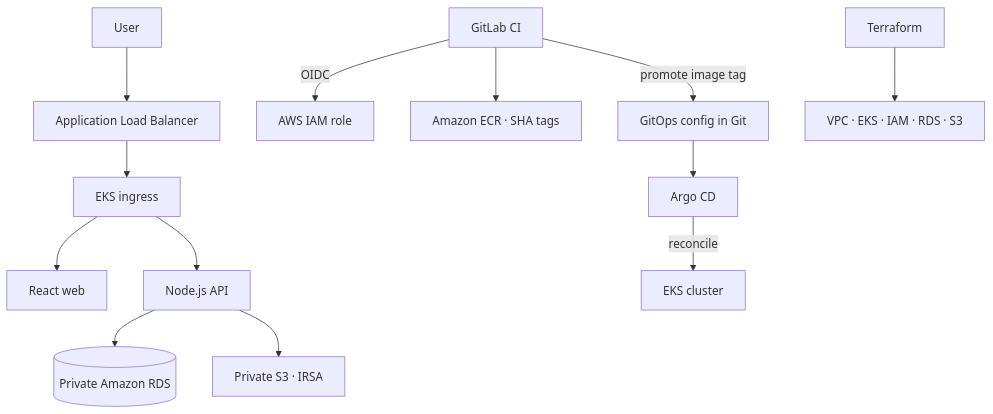
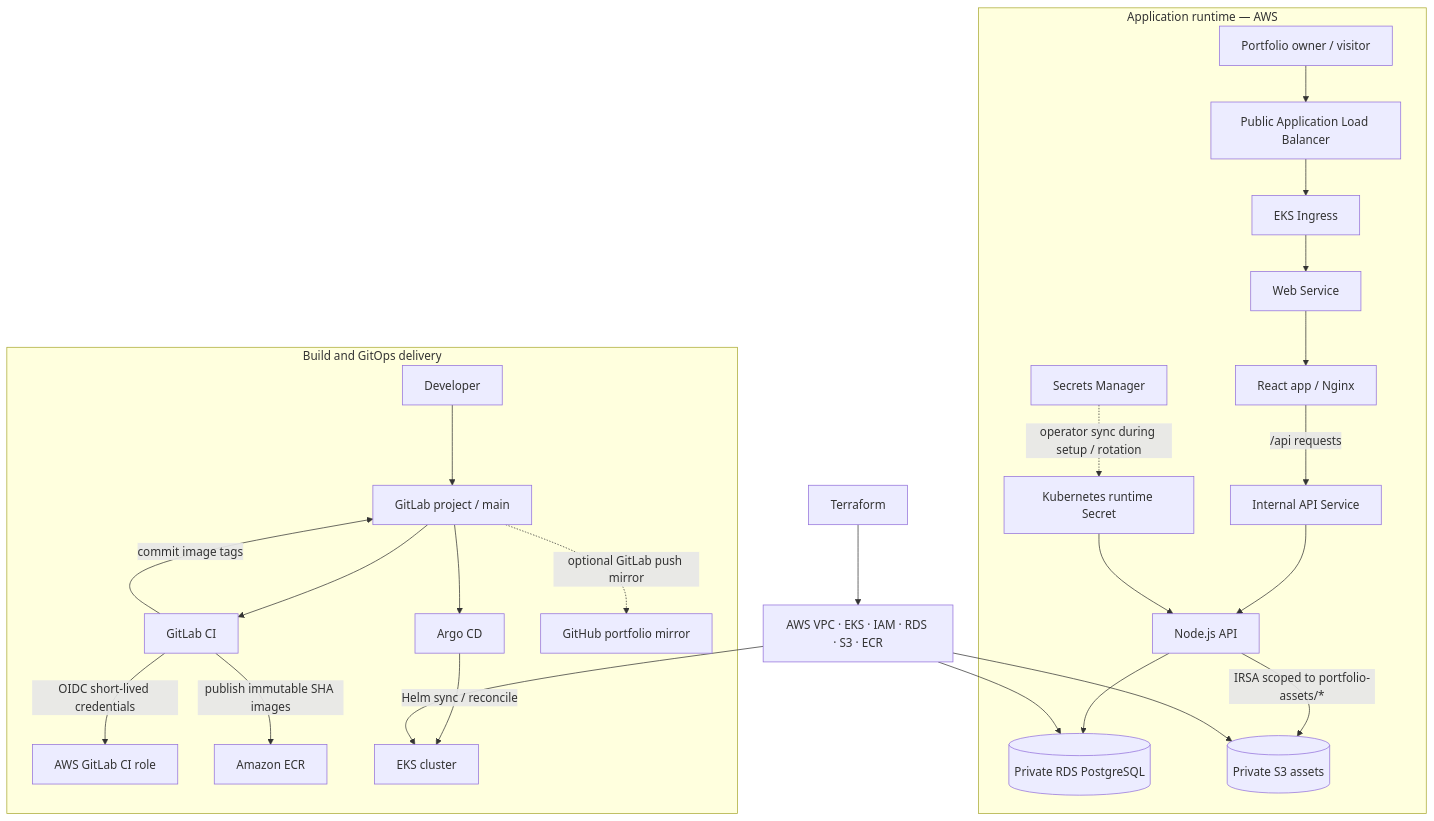
Before and after one commit to S-charan120/showcaseme-aws-eks-devops: the diagram in README.md, drawn with Mermaid. The commit also changed other lines of this file and 9 other files, not shown here.

First line of the commit message:
Final AWS EKS polish: Terraform layout and workflow docs

````diff
--- a/README.md
+++ b/README.md
@@ -22,15 +25,31 @@
 ```mermaid
 flowchart TB
-  U[User] --> ALB[Application Load Balancer]
-  ALB --> ING[EKS ingress]
-  ING --> WEB[React web]
-  ING --> API[Node.js API]
-  API --> RDS[(Private Amazon RDS)]
-  API --> S3[Private S3 · IRSA]
-  GL[GitLab CI] -->|OIDC| AWS[AWS IAM role]
-  GL --> ECR[Amazon ECR · SHA tags]
-  GL -->|promote image tag| GIT[GitOps config in Git]
-  ARGO[Argo CD] -->|reconcile| EKS[EKS cluster]
-  GIT --> ARGO
-  TF[Terraform] --> VPC[VPC · EKS · IAM · RDS · S3]
+  subgraph Runtime["Application runtime — AWS"]
+    User[Portfolio owner / visitor] --> ALB[Public Application Load Balancer]
+    ALB --> Ingress[EKS Ingress]
+    Ingress --> WebSvc[Web Service]
+    WebSvc --> Web[React app / Nginx]
+    Web -->|/api requests| ApiSvc[Internal API Service]
+    ApiSvc --> API[Node.js API]
+    API --> RDS[(Private RDS PostgreSQL)]
+    API -->|IRSA scoped to portfolio-assets/*| S3[(Private S3 assets)]
+    Secrets[Secrets Manager] -.->|operator sync during setup / rotation| K8sSecret[Kubernetes runtime Secret]
+    K8sSecret --> API
+  end
+
+  subgraph Delivery["Build and GitOps delivery"]
+    Dev[Developer] --> GL[GitLab project / main]
+    GL --> CI[GitLab CI]
+    CI -->|OIDC short-lived credentials| IAM[AWS GitLab CI role]
+    CI -->|publish immutable SHA images| ECR[Amazon ECR]
+    CI -->|commit image tags| GL
+    GL --> Argo[Argo CD]
+    Argo -->|Helm sync / reconcile| EKS[EKS cluster]
+    GL -.->|optional GitLab push mirror| GitHub[GitHub portfolio mirror]
+  end
+
+  TF[Terraform] --> AWS[AWS VPC · EKS · IAM · RDS · S3 · ECR]
+  AWS --> EKS
+  AWS --> RDS
+  AWS --> S3
 ```
````
